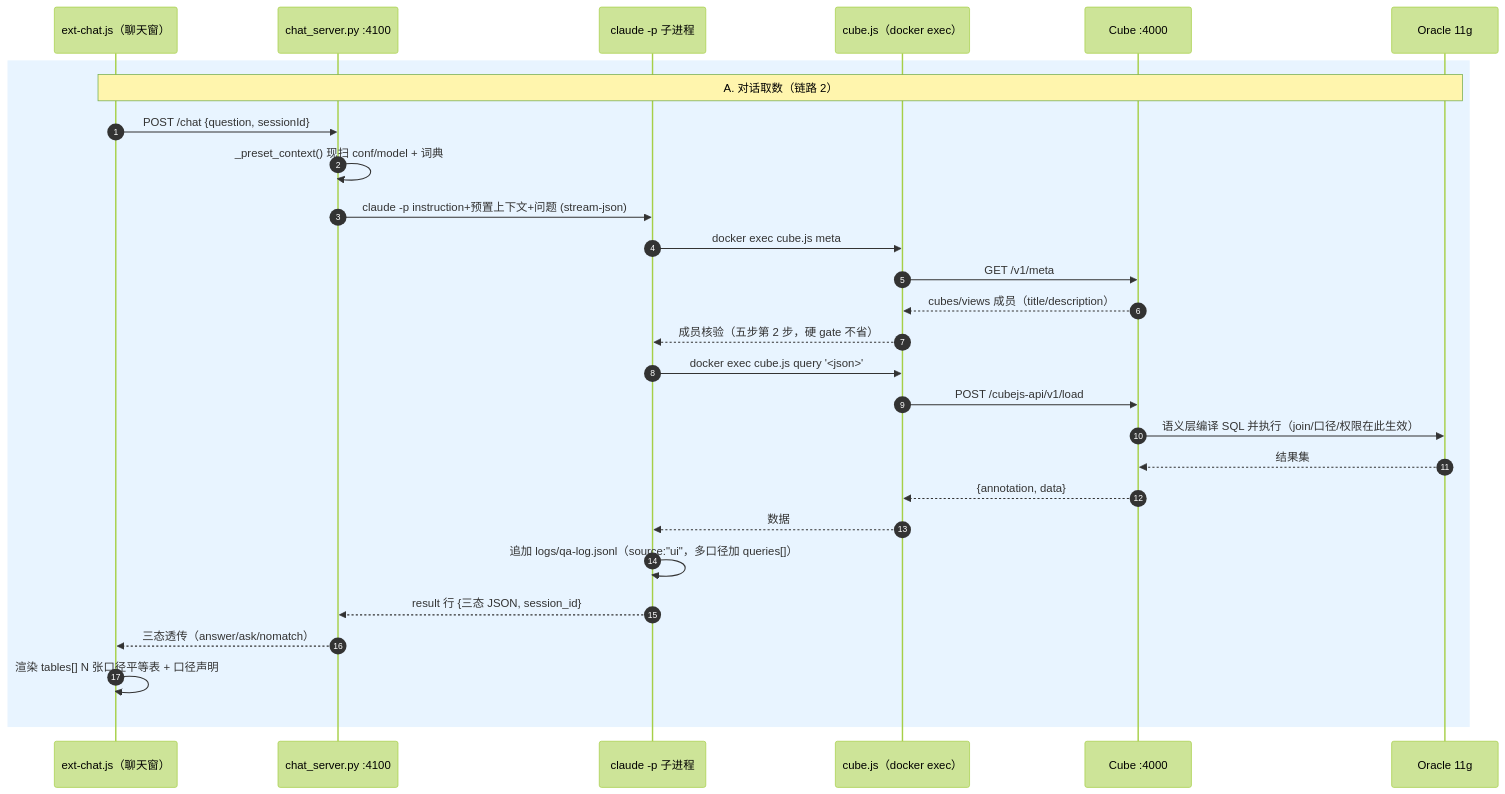
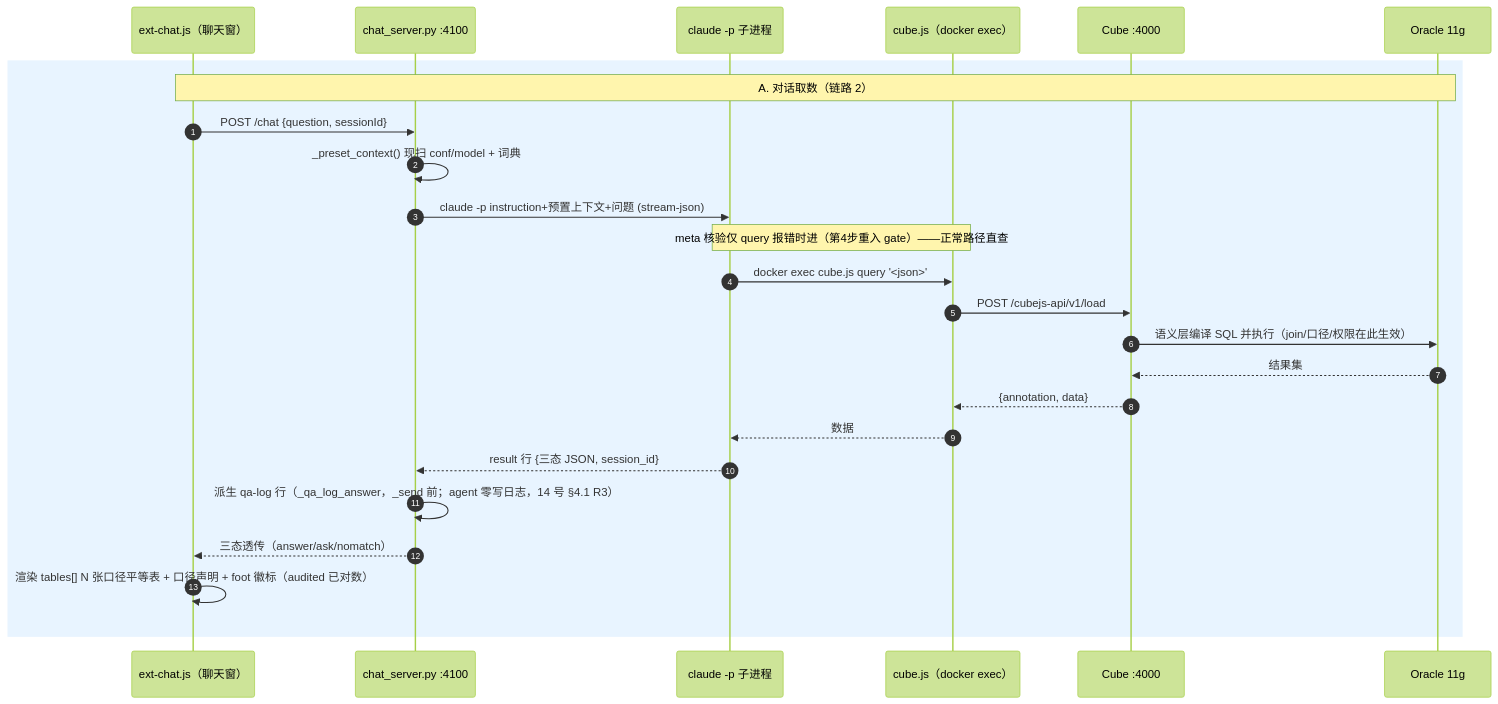
Before and after one commit to HarperZheng/cube: the first of 2 diagrams in docs/cube-dataqa-topic/01-cube-agent-architecture-demo.md, drawn with Mermaid (forest theme). The commit also changed other lines of this file and 15 other files, not shown here.

````diff
--- a/docs/cube-dataqa-topic/01-cube-agent-architecture-demo.md
+++ b/docs/cube-dataqa-topic/01-cube-agent-architecture-demo.md
@@ -213,31 +214,28 @@
 ```mermaid
 sequenceDiagram
     autonumber
     participant UI as ext-chat.js（聊天窗）
     participant BR as chat_server.py :4100
     participant CL as claude -p 子进程
     participant CJ as cube.js（docker exec）
     participant CUBE as Cube :4000
     participant DB as Oracle 11g
 
     rect rgb(232, 244, 255)
       Note over UI,DB: A. 对话取数（链路 2）
       UI->>BR: POST /chat {question, sessionId}
       BR->>BR: _preset_context() 现扫 conf/model + 词典
       BR->>CL: claude -p instruction+预置上下文+问题 (stream-json)
-      CL->>CJ: docker exec cube.js meta
-      CJ->>CUBE: GET /v1/meta
-      CUBE-->>CJ: cubes/views 成员（title/description）
-      CJ-->>CL: 成员核验（五步第 2 步，硬 gate 不省）
+      Note over CL,CJ: meta 核验仅 query 报错时进（第4步重入 gate）——正常路径直查
       CL->>CJ: docker exec cube.js query '<json>'
       CJ->>CUBE: POST /cubejs-api/v1/load
       CUBE->>DB: 语义层编译 SQL 并执行（join/口径/权限在此生效）
       DB-->>CUBE: 结果集
       CUBE-->>CJ: {annotation, data}
       CJ-->>CL: 数据
-      CL->>CL: 追加 logs/qa-log.jsonl（source:"ui"，多口径加 queries[]）
       CL-->>BR: result 行 {三态 JSON, session_id}
+      BR->>BR: 派生 qa-log 行（_qa_log_answer，_send 前；agent 零写日志，14 号 §4.1 R3）
       BR-->>UI: 三态透传（answer/ask/nomatch）
-      UI->>UI: 渲染 tables[] N 张口径平等表 + 口径声明
+      UI->>UI: 渲染 tables[] N 张口径平等表 + 口径声明 + foot 徽标（audited 已对数）
     end
 ```
````
